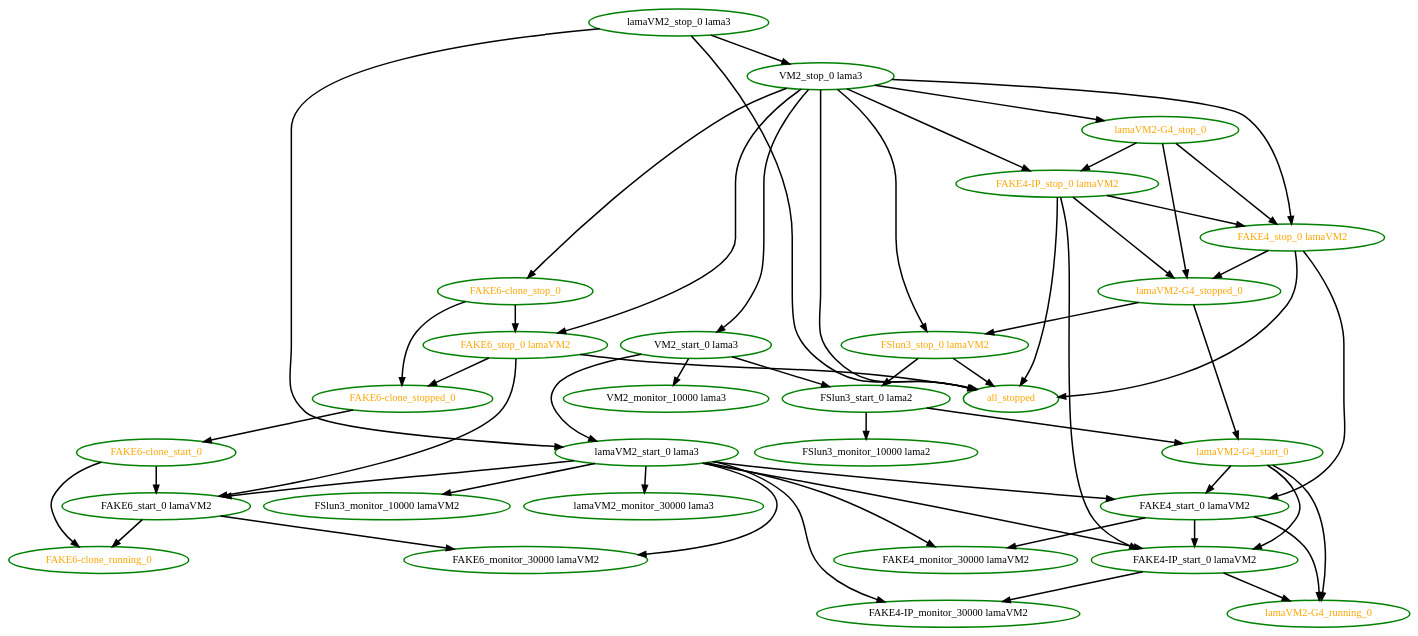
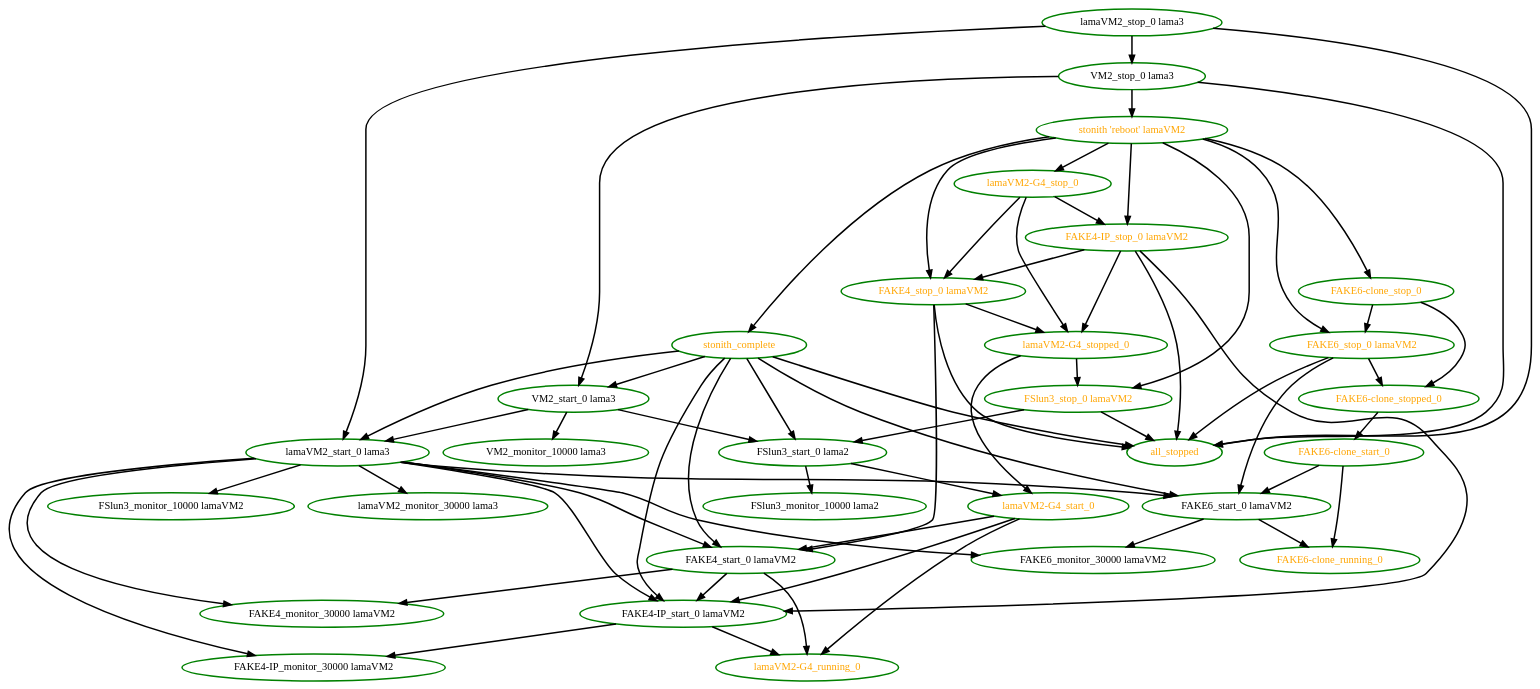
One commit to ClusterLabs/pacemaker changed the diagram in pengine/test10/bug-rh-1097457.dot. Above: the diagram before and after it, drawn with Graphviz. The commit also changed 23 other files, not shown here.

```diff
--- a/pengine/test10/bug-rh-1097457.dot
+++ b/pengine/test10/bug-rh-1097457.dot
@@ -1,86 +1,97 @@
 digraph "g" {
 "FAKE4-IP_monitor_30000 lamaVM2" [ style=bold color="green" fontcolor="black"]
 "FAKE4-IP_start_0 lamaVM2" -> "FAKE4-IP_monitor_30000 lamaVM2" [ style = bold]
 "FAKE4-IP_start_0 lamaVM2" -> "lamaVM2-G4_running_0" [ style = bold]
 "FAKE4-IP_start_0 lamaVM2" [ style=bold color="green" fontcolor="black"]
 "FAKE4-IP_stop_0 lamaVM2" -> "FAKE4-IP_start_0 lamaVM2" [ style = bold]
 "FAKE4-IP_stop_0 lamaVM2" -> "FAKE4_stop_0 lamaVM2" [ style = bold]
 "FAKE4-IP_stop_0 lamaVM2" -> "all_stopped" [ style = bold]
 "FAKE4-IP_stop_0 lamaVM2" -> "lamaVM2-G4_stopped_0" [ style = bold]
 "FAKE4-IP_stop_0 lamaVM2" [ style=bold color="green" fontcolor="orange"]
 "FAKE4_monitor_30000 lamaVM2" [ style=bold color="green" fontcolor="black"]
 "FAKE4_start_0 lamaVM2" -> "FAKE4-IP_start_0 lamaVM2" [ style = bold]
 "FAKE4_start_0 lamaVM2" -> "FAKE4_monitor_30000 lamaVM2" [ style = bold]
 "FAKE4_start_0 lamaVM2" -> "lamaVM2-G4_running_0" [ style = bold]
 "FAKE4_start_0 lamaVM2" [ style=bold color="green" fontcolor="black"]
 "FAKE4_stop_0 lamaVM2" -> "FAKE4_start_0 lamaVM2" [ style = bold]
 "FAKE4_stop_0 lamaVM2" -> "all_stopped" [ style = bold]
 "FAKE4_stop_0 lamaVM2" -> "lamaVM2-G4_stopped_0" [ style = bold]
 "FAKE4_stop_0 lamaVM2" [ style=bold color="green" fontcolor="orange"]
 "FAKE6-clone_running_0" [ style=bold color="green" fontcolor="orange"]
 "FAKE6-clone_start_0" -> "FAKE6-clone_running_0" [ style = bold]
 "FAKE6-clone_start_0" -> "FAKE6_start_0 lamaVM2" [ style = bold]
 "FAKE6-clone_start_0" [ style=bold color="green" fontcolor="orange"]
 "FAKE6-clone_stop_0" -> "FAKE6-clone_stopped_0" [ style = bold]
 "FAKE6-clone_stop_0" -> "FAKE6_stop_0 lamaVM2" [ style = bold]
 "FAKE6-clone_stop_0" [ style=bold color="green" fontcolor="orange"]
 "FAKE6-clone_stopped_0" -> "FAKE6-clone_start_0" [ style = bold]
 "FAKE6-clone_stopped_0" [ style=bold color="green" fontcolor="orange"]
 "FAKE6_monitor_30000 lamaVM2" [ style=bold color="green" fontcolor="black"]
 "FAKE6_start_0 lamaVM2" -> "FAKE6-clone_running_0" [ style = bold]
 "FAKE6_start_0 lamaVM2" -> "FAKE6_monitor_30000 lamaVM2" [ style = bold]
 "FAKE6_start_0 lamaVM2" [ style=bold color="green" fontcolor="black"]
 "FAKE6_stop_0 lamaVM2" -> "FAKE6-clone_stopped_0" [ style = bold]
 "FAKE6_stop_0 lamaVM2" -> "FAKE6_start_0 lamaVM2" [ style = bold]
 "FAKE6_stop_0 lamaVM2" -> "all_stopped" [ style = bold]
 "FAKE6_stop_0 lamaVM2" [ style=bold color="green" fontcolor="orange"]
 "FSlun3_monitor_10000 lama2" [ style=bold color="green" fontcolor="black"]
 "FSlun3_monitor_10000 lamaVM2" [ style=bold color="green" fontcolor="black"]
 "FSlun3_start_0 lama2" -> "FSlun3_monitor_10000 lama2" [ style = bold]
 "FSlun3_start_0 lama2" -> "lamaVM2-G4_start_0" [ style = bold]
 "FSlun3_start_0 lama2" [ style=bold color="green" fontcolor="black"]
 "FSlun3_stop_0 lamaVM2" -> "FSlun3_start_0 lama2" [ style = bold]
 "FSlun3_stop_0 lamaVM2" -> "all_stopped" [ style = bold]
 "FSlun3_stop_0 lamaVM2" [ style=bold color="green" fontcolor="orange"]
 "VM2_monitor_10000 lama3" [ style=bold color="green" fontcolor="black"]
 "VM2_start_0 lama3" -> "FSlun3_start_0 lama2" [ style = bold]
 "VM2_start_0 lama3" -> "VM2_monitor_10000 lama3" [ style = bold]
 "VM2_start_0 lama3" -> "lamaVM2_start_0 lama3" [ style = bold]
 "VM2_start_0 lama3" [ style=bold color="green" fontcolor="black"]
-"VM2_stop_0 lama3" -> "FAKE4-IP_stop_0 lamaVM2" [ style = bold]
-"VM2_stop_0 lama3" -> "FAKE4_stop_0 lamaVM2" [ style = bold]
-"VM2_stop_0 lama3" -> "FAKE6-clone_stop_0" [ style = bold]
-"VM2_stop_0 lama3" -> "FAKE6_stop_0 lamaVM2" [ style = bold]
-"VM2_stop_0 lama3" -> "FSlun3_stop_0 lamaVM2" [ style = bold]
 "VM2_stop_0 lama3" -> "VM2_start_0 lama3" [ style = bold]
 "VM2_stop_0 lama3" -> "all_stopped" [ style = bold]
-"VM2_stop_0 lama3" -> "lamaVM2-G4_stop_0" [ style = bold]
+"VM2_stop_0 lama3" -> "stonith 'reboot' lamaVM2" [ style = bold]
 "VM2_stop_0 lama3" [ style=bold color="green" fontcolor="black"]
 "all_stopped" [ style=bold color="green" fontcolor="orange"]
 "lamaVM2-G4_running_0" [ style=bold color="green" fontcolor="orange"]
 "lamaVM2-G4_start_0" -> "FAKE4-IP_start_0 lamaVM2" [ style = bold]
 "lamaVM2-G4_start_0" -> "FAKE4_start_0 lamaVM2" [ style = bold]
 "lamaVM2-G4_start_0" -> "lamaVM2-G4_running_0" [ style = bold]
 "lamaVM2-G4_start_0" [ style=bold color="green" fontcolor="orange"]
 "lamaVM2-G4_stop_0" -> "FAKE4-IP_stop_0 lamaVM2" [ style = bold]
 "lamaVM2-G4_stop_0" -> "FAKE4_stop_0 lamaVM2" [ style = bold]
 "lamaVM2-G4_stop_0" -> "lamaVM2-G4_stopped_0" [ style = bold]
 "lamaVM2-G4_stop_0" [ style=bold color="green" fontcolor="orange"]
 "lamaVM2-G4_stopped_0" -> "FSlun3_stop_0 lamaVM2" [ style = bold]
 "lamaVM2-G4_stopped_0" -> "lamaVM2-G4_start_0" [ style = bold]
 "lamaVM2-G4_stopped_0" [ style=bold color="green" fontcolor="orange"]
 "lamaVM2_monitor_30000 lama3" [ style=bold color="green" fontcolor="black"]
 "lamaVM2_start_0 lama3" -> "FAKE4-IP_monitor_30000 lamaVM2" [ style = bold]
 "lamaVM2_start_0 lama3" -> "FAKE4-IP_start_0 lamaVM2" [ style = bold]
 "lamaVM2_start_0 lama3" -> "FAKE4_monitor_30000 lamaVM2" [ style = bold]
 "lamaVM2_start_0 lama3" -> "FAKE4_start_0 lamaVM2" [ style = bold]
 "lamaVM2_start_0 lama3" -> "FAKE6_monitor_30000 lamaVM2" [ style = bold]
 "lamaVM2_start_0 lama3" -> "FAKE6_start_0 lamaVM2" [ style = bold]
 "lamaVM2_start_0 lama3" -> "FSlun3_monitor_10000 lamaVM2" [ style = bold]
 "lamaVM2_start_0 lama3" -> "lamaVM2_monitor_30000 lama3" [ style = bold]
 "lamaVM2_start_0 lama3" [ style=bold color="green" fontcolor="black"]
 "lamaVM2_stop_0 lama3" -> "VM2_stop_0 lama3" [ style = bold]
 "lamaVM2_stop_0 lama3" -> "all_stopped" [ style = bold]
 "lamaVM2_stop_0 lama3" -> "lamaVM2_start_0 lama3" [ style = bold]
 "lamaVM2_stop_0 lama3" [ style=bold color="green" fontcolor="black"]
+"stonith 'reboot' lamaVM2" -> "FAKE4-IP_stop_0 lamaVM2" [ style = bold]
+"stonith 'reboot' lamaVM2" -> "FAKE4_stop_0 lamaVM2" [ style = bold]
+"stonith 'reboot' lamaVM2" -> "FAKE6-clone_stop_0" [ style = bold]
+"stonith 'reboot' lamaVM2" -> "FAKE6_stop_0 lamaVM2" [ style = bold]
+"stonith 'reboot' lamaVM2" -> "FSlun3_stop_0 lamaVM2" [ style = bold]
+"stonith 'reboot' lamaVM2" -> "lamaVM2-G4_stop_0" [ style = bold]
+"stonith 'reboot' lamaVM2" -> "stonith_complete" [ style = bold]
+"stonith 'reboot' lamaVM2" [ style=bold color="green" fontcolor="orange"]
+"stonith_complete" -> "FAKE4-IP_start_0 lamaVM2" [ style = bold]
+"stonith_complete" -> "FAKE4_start_0 lamaVM2" [ style = bold]
+"stonith_complete" -> "FAKE6_start_0 lamaVM2" [ style = bold]
+"stonith_complete" -> "FSlun3_start_0 lama2" [ style = bold]
+"stonith_complete" -> "VM2_start_0 lama3" [ style = bold]
+"stonith_complete" -> "all_stopped" [ style = bold]
+"stonith_complete" -> "lamaVM2_start_0 lama3" [ style = bold]
+"stonith_complete" [ style=bold color="green" fontcolor="orange"]
 }
```
